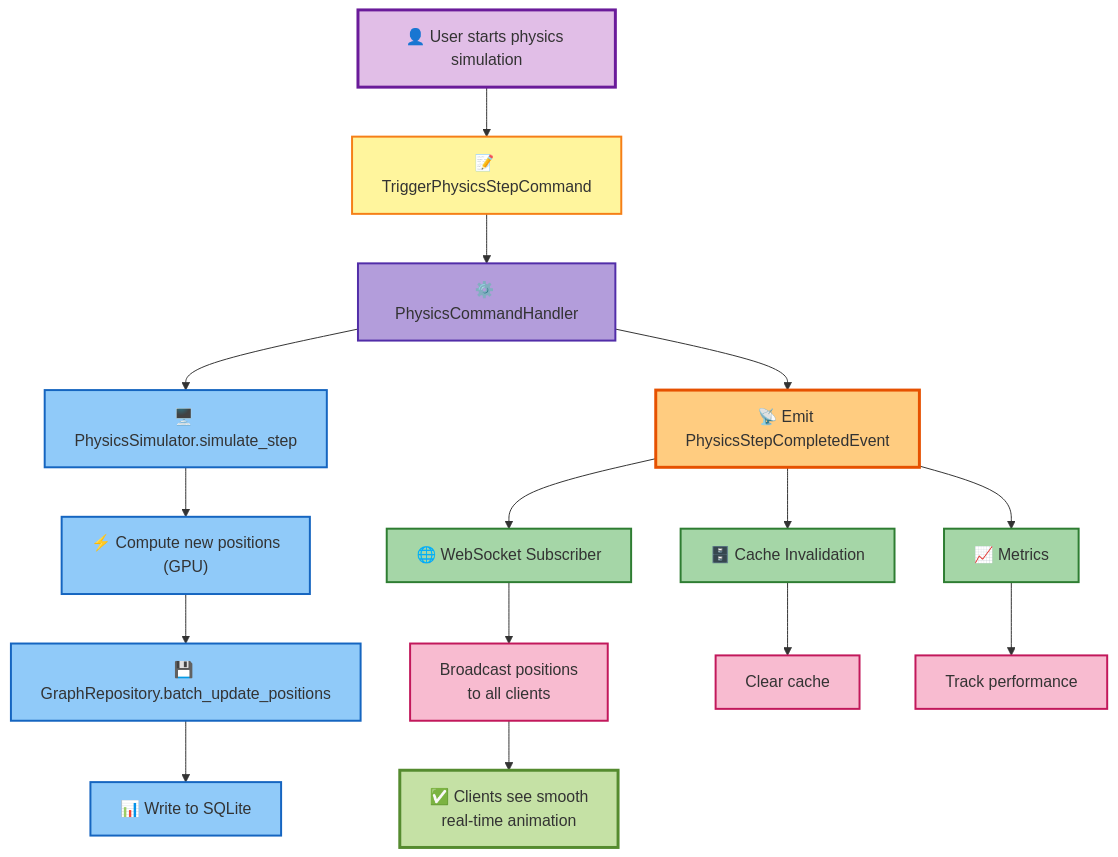
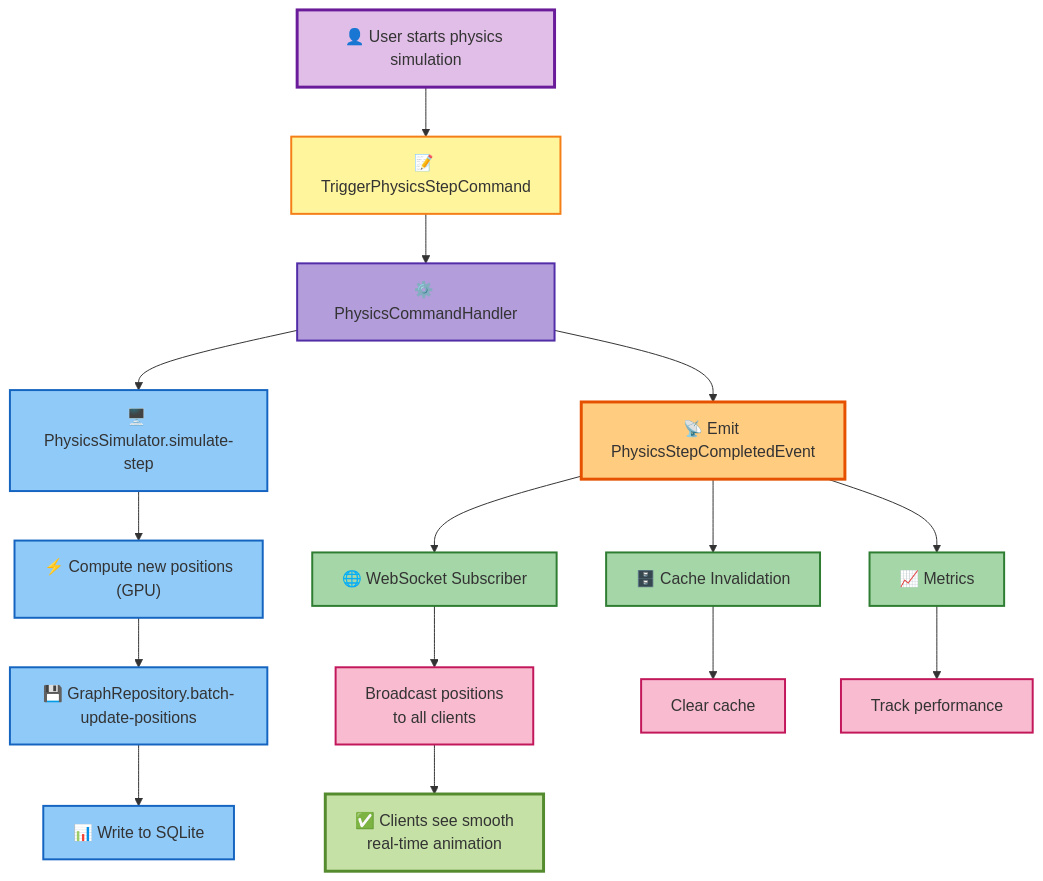
The eighth of 12 diagrams in docs/concepts/architecture/hexagonal-cqrs-architecture.md (DreamLab-AI/VisionFlow), drawn with Mermaid before and after one commit. The commit also changed other lines of this file and 184 other files, not shown here.

````diff
--- a/docs/concepts/architecture/hexagonal-cqrs-architecture.md
+++ b/docs/concepts/architecture/hexagonal-cqrs-architecture.md
@@ -1051,58 +1051,58 @@
 ```mermaid
 graph TB
     USER["👤 User starts physics simulation"]
     CMD["📝 TriggerPhysicsStepCommand"]
     HANDLER["⚙️ PhysicsCommandHandler"]
 
-    SIM["🖥️ PhysicsSimulator.simulate_step"]
+    SIM["🖥️ PhysicsSimulator.simulate-step"]
     GPU["⚡ Compute new positions<br/>(GPU)"]
-    REPO["💾 GraphRepository.batch_update_positions"]
+    REPO["💾 GraphRepository.batch-update-positions"]
     DB["📊 Write to SQLite"]
 
     EVENT["📡 Emit PhysicsStepCompletedEvent"]
 
-    WS_SUB["🌐 WebSocket Subscriber"]
-    CACHE_SUB["🗄️ Cache Invalidation"]
-    METRICS_SUB["📈 Metrics"]
+    WS-SUB["🌐 WebSocket Subscriber"]
+    CACHE-SUB["🗄️ Cache Invalidation"]
+    METRICS-SUB["📈 Metrics"]
 
-    WS_ACTION["Broadcast positions<br/>to all clients"]
-    CACHE_ACTION["Clear cache"]
-    METRICS_ACTION["Track performance"]
+    WS-ACTION["Broadcast positions<br/>to all clients"]
+    CACHE-ACTION["Clear cache"]
+    METRICS-ACTION["Track performance"]
 
     RESULT["✅ Clients see smooth<br/>real-time animation"]
 
     USER --> CMD --> HANDLER
     HANDLER --> SIM
     SIM --> GPU
     GPU --> REPO
     REPO --> DB
     HANDLER --> EVENT
 
-    EVENT --> WS_SUB
-    EVENT --> CACHE_SUB
-    EVENT --> METRICS_SUB
+    EVENT --> WS-SUB
+    EVENT --> CACHE-SUB
+    EVENT --> METRICS-SUB
 
-    WS_SUB --> WS_ACTION
-    CACHE_SUB --> CACHE_ACTION
-    METRICS_SUB --> METRICS_ACTION
+    WS-SUB --> WS-ACTION
+    CACHE-SUB --> CACHE-ACTION
+    METRICS-SUB --> METRICS-ACTION
 
-    WS_ACTION --> RESULT
+    WS-ACTION --> RESULT
 
     classDef userNode fill:#e1bee7,stroke:#6a1b9a,stroke-width:3px
     classDef commandNode fill:#fff59d,stroke:#f57f17,stroke-width:2px
     classDef handlerNode fill:#b39ddb,stroke:#512da8,stroke-width:2px
     classDef processNode fill:#90caf9,stroke:#1565c0,stroke-width:2px
     classDef eventNode fill:#ffcc80,stroke:#e65100,stroke-width:3px
     classDef subscriberNode fill:#a5d6a7,stroke:#2e7d32,stroke-width:2px
     classDef actionNode fill:#f8bbd0,stroke:#c2185b,stroke-width:2px
     classDef resultNode fill:#c5e1a5,stroke:#558b2f,stroke-width:3px
 
     class USER userNode
     class CMD commandNode
     class HANDLER handlerNode
     class SIM,GPU,REPO,DB processNode
     class EVENT eventNode
-    class WS_SUB,CACHE_SUB,METRICS_SUB subscriberNode
-    class WS_ACTION,CACHE_ACTION,METRICS_ACTION actionNode
+    class WS-SUB,CACHE-SUB,METRICS-SUB subscriberNode
+    class WS-ACTION,CACHE-ACTION,METRICS-ACTION actionNode
     class RESULT resultNode
 ```
````
